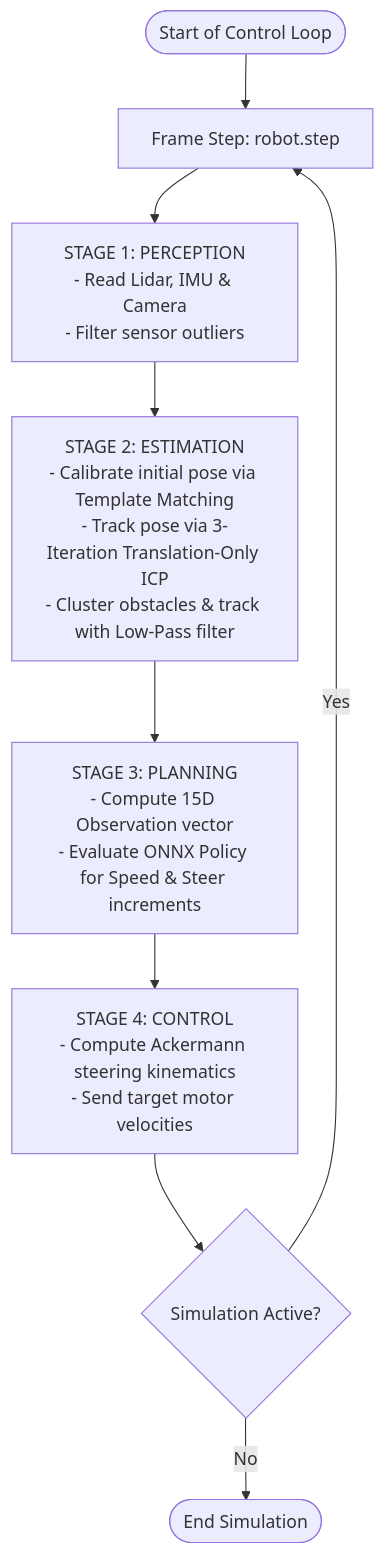
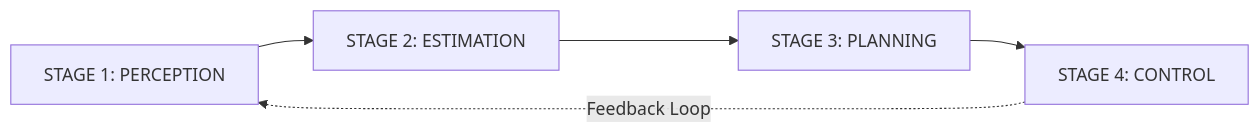
The diagram in README.md (Bigfire3/wro-fe-rl-simulation), drawn with Mermaid before and after one commit.

Commit message:
docs: simplify software architecture diagram in README.md

````diff
--- a/README.md
+++ b/README.md
@@ -32,11 +32,7 @@
 ```mermaid
-graph TD
-    Start([Start of Control Loop]) --> Step[Frame Step: robot.step]
-    Step --> Stage1[STAGE 1: PERCEPTION<br/>- Read Lidar, IMU & Camera<br/>- Filter sensor outliers]
-    Stage1 --> Stage2[STAGE 2: ESTIMATION<br/>- Calibrate initial pose via Template Matching<br/>- Track pose via 3-Iteration Translation-Only ICP<br/>- Cluster obstacles & track with Low-Pass filter]
-    Stage2 --> Stage3[STAGE 3: PLANNING<br/>- Compute 15D Observation vector<br/>- Evaluate ONNX Policy for Speed & Steer increments]
-    Stage3 --> Stage4[STAGE 4: CONTROL<br/>- Compute Ackermann steering kinematics<br/>- Send target motor velocities]
-    Stage4 --> Check{Simulation Active?}
-    Check -- Yes --> Step
-    Check -- No --> End([End Simulation])
+graph LR
+    Stage1[STAGE 1: PERCEPTION] --> Stage2[STAGE 2: ESTIMATION]
+    Stage2 --> Stage3[STAGE 3: PLANNING]
+    Stage3 --> Stage4[STAGE 4: CONTROL]
+    Stage4 -.->|Feedback Loop| Stage1
 ```
````
